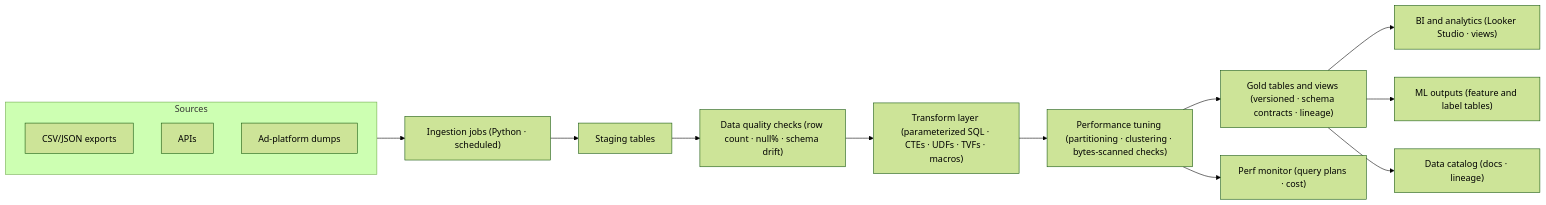
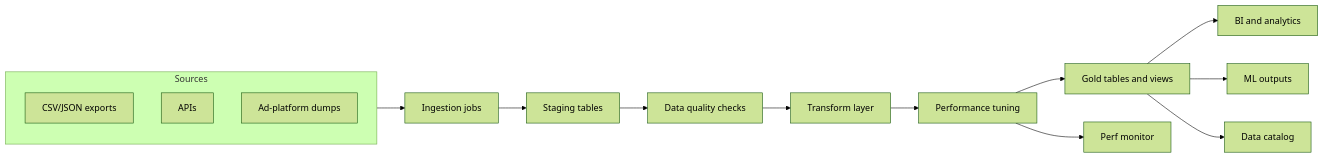
One commit to LuDanielPoyu/McKinsey-Data-Scientist changed the third of 6 diagrams in README.md. Above: the diagram before and after it, drawn with Mermaid (forest theme). The commit also changed other lines of this file, not shown here.

````diff
--- a/README.md
+++ b/README.md
@@ -130,32 +130,32 @@
 ```mermaid
 flowchart LR
   %% Sources
   subgraph SRC["Sources"]
     S1["CSV/JSON exports"]
     S2["APIs"]
     S3["Ad-platform dumps"]
   end
 
   %% Ingestion & Staging
-  SRC --> ING["Ingestion jobs (Python · scheduled)"]
+  SRC --> ING["Ingestion jobs"]
   ING --> STG["Staging tables"]
 
   %% Data Quality
-  STG --> DQ["Data quality checks (row count · null% · schema drift)"]
-  DQ --> TR["Transform layer (parameterized SQL · CTEs · UDFs · TVFs · macros)"]
+  STG --> DQ["Data quality checks"]
+  DQ --> TR["Transform layer"]
 
   %% Performance Engineering
-  TR --> PERF["Performance tuning (partitioning · clustering · bytes-scanned checks)"]
+  TR --> PERF["Performance tuning"]
 
   %% Gold Layer
-  PERF --> GOLD["Gold tables and views (versioned · schema contracts · lineage)"]
+  PERF --> GOLD["Gold tables and views"]
 
   %% Downstream Consumers
-  GOLD --> BI["BI and analytics (Looker Studio · views)"]
-  GOLD --> ML["ML outputs (feature and label tables)"]
+  GOLD --> BI["BI and analytics"]
+  GOLD --> ML["ML outputs"]
 
   %% Observability / Catalog
-  PERF --> MON["Perf monitor (query plans · cost)"]
-  GOLD --> CAT["Data catalog (docs · lineage)"]
+  PERF --> MON["Perf monitor"]
+  GOLD --> CAT["Data catalog"]
 
 ```
````
